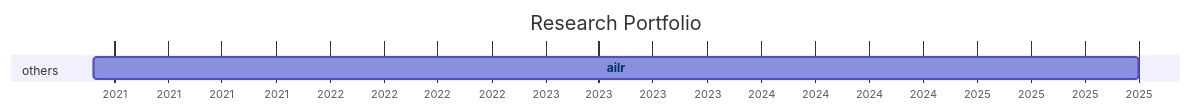
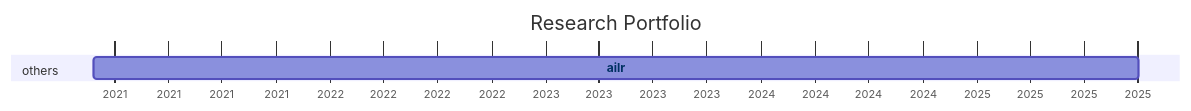
Before and after one commit to digital-work-lab/handbook: the diagram in docs/20-research/25-projects-gantt.md, drawn with Mermaid.

Commit message:
Update repository overview

````diff
--- a/docs/20-research/25-projects-gantt.md
+++ b/docs/20-research/25-projects-gantt.md
@@ -8,21 +8,21 @@
 ```mermaid
 ---
 displayMode: compact
 ---
 gantt
 title Research Portfolio
 dateFormat YYYY-MM-DD
 axisFormat %Y
 
     section work_practices
 
     section distributed_organizing
 
     section knowledge_synthesis
 
     section others
-        ailr :ailr, 2020-11-26, 2025-10-01
+        ailr :ailr, 2020-11-26, 2025-10-02
 
 
     click ailr href "{{ site.baseurl }}/docs/10-lab/18-resources/ailr.html"
 ```
````
